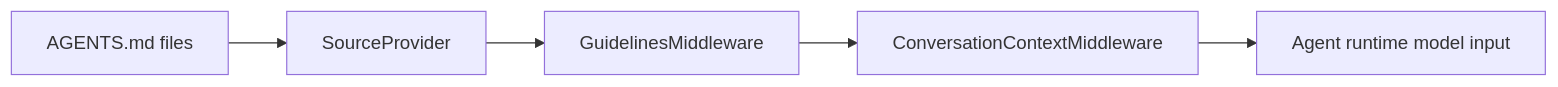
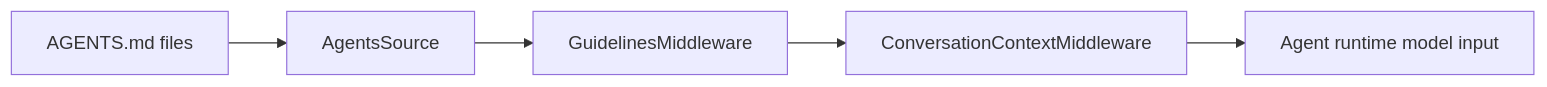
The second of 7 diagrams in docs/conversation-lifecycle-architecture.md (LordFoxFairy/Codara), drawn with Mermaid before and after one commit. The commit also changed other lines of this file and 13 other files, not shown here.

````diff
--- a/docs/conversation-lifecycle-architecture.md
+++ b/docs/conversation-lifecycle-architecture.md
@@ -50,7 +50,7 @@
 ```mermaid
 flowchart LR
-  AG["AGENTS.md files"] --> SP["SourceProvider"]
+  AG["AGENTS.md files"] --> SP["AgentsSource"]
   SP --> GM["GuidelinesMiddleware"]
   GM --> CC["ConversationContextMiddleware"]
   CC --> RT["Agent runtime model input"]
 ```
````
